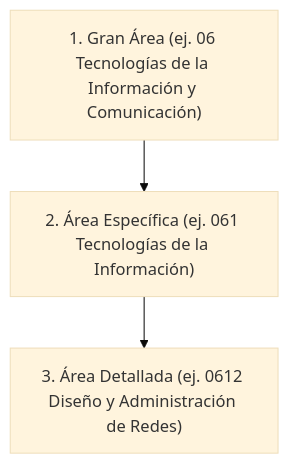
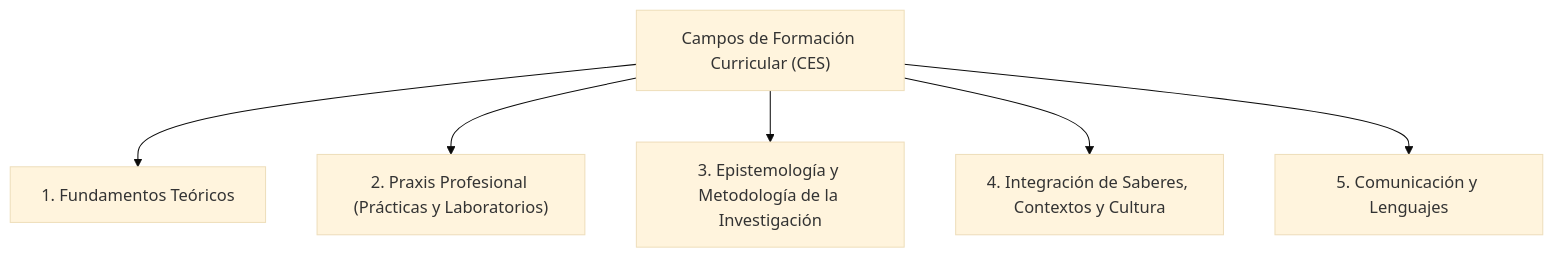
The first of 2 diagrams in docs/documentacion/04-base-de-datos/02-catalogos-normativa-ecuador.md (JorgeDoicela/dosier), drawn with Mermaid (base theme) before and after one commit. The commit also changed other lines of this file and 29 other files, not shown here.

````diff
--- a/docs/documentacion/04-base-de-datos/02-catalogos-normativa-ecuador.md
+++ b/docs/documentacion/04-base-de-datos/02-catalogos-normativa-ecuador.md
@@ -13,6 +13,9 @@
 ```mermaid
 graph TD
-    GrandArea["1. Gran Área (ej. 06 Tecnologías de la Información y Comunicación)"]
-    GrandArea --> SpecificArea["2. Área Específica (ej. 061 Tecnologías de la Información)"]
-    SpecificArea --> DetailedArea["3. Área Detallada (ej. 0612 Diseño y Administración de Redes)"]
+    GrandArea["Campos de Formación Curricular (CES)"]
+    GrandArea --> FT["1. Fundamentos Teóricos"]
+    GrandArea --> PP["2. Praxis Profesional (Prácticas y Laboratorios)"]
+    GrandArea --> EM["3. Epistemología y Metodología de la Investigación"]
+    GrandArea --> IS["4. Integración de Saberes, Contextos y Cultura"]
+    GrandArea --> CL["5. Comunicación y Lenguajes"]
 ```
````
